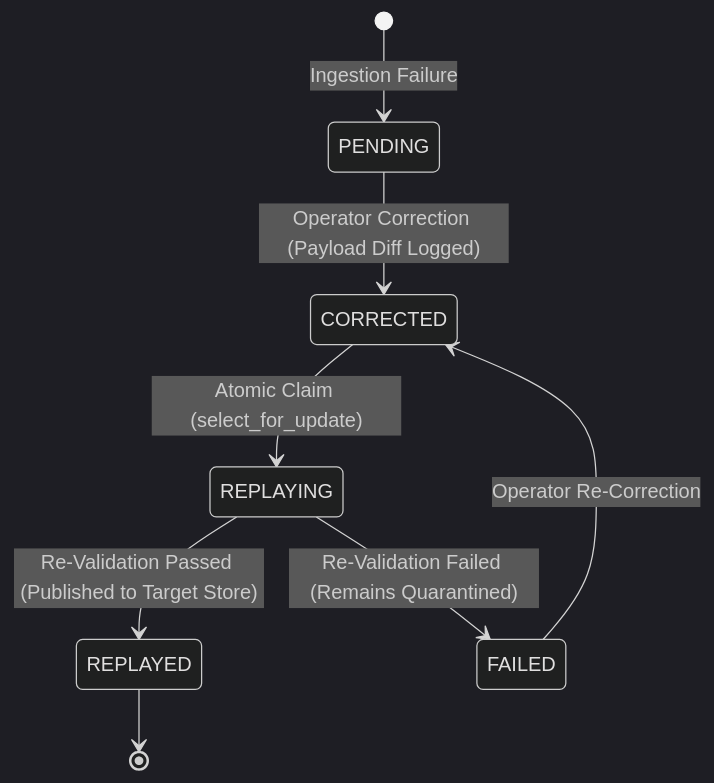
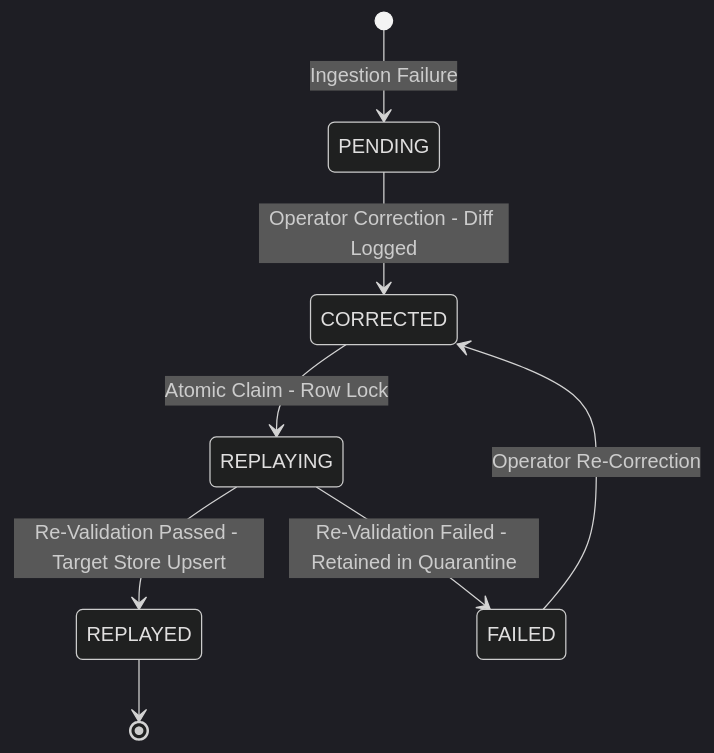
The diagram in docs/design_decisions.md (hamid-razak-khan/data-quality-recovery-pipeline), drawn with Mermaid (dark theme) before and after one commit. The commit also changed 2 other files, not shown here.

Commit message:
Fix Mermaid diagram and KaTeX math syntax for GitHub rendering

````diff
--- a/docs/design_decisions.md
+++ b/docs/design_decisions.md
@@ -63,10 +63,10 @@
 ```mermaid
 stateDiagram-v2
     [*] --> PENDING: Ingestion Failure
-    PENDING --> CORRECTED: Operator Correction (Payload Diff Logged)
-    CORRECTED --> REPLAYING: Atomic Claim (select_for_update)
-    REPLAYING --> REPLAYED: Re-Validation Passed (Published to Target Store)
-    REPLAYING --> FAILED: Re-Validation Failed (Remains Quarantined)
+    PENDING --> CORRECTED: Operator Correction - Diff Logged
+    CORRECTED --> REPLAYING: Atomic Claim - Row Lock
+    REPLAYING --> REPLAYED: Re-Validation Passed - Target Store Upsert
+    REPLAYING --> FAILED: Re-Validation Failed - Retained in Quarantine
     FAILED --> CORRECTED: Operator Re-Correction
     REPLAYED --> [*]
 ```
````
